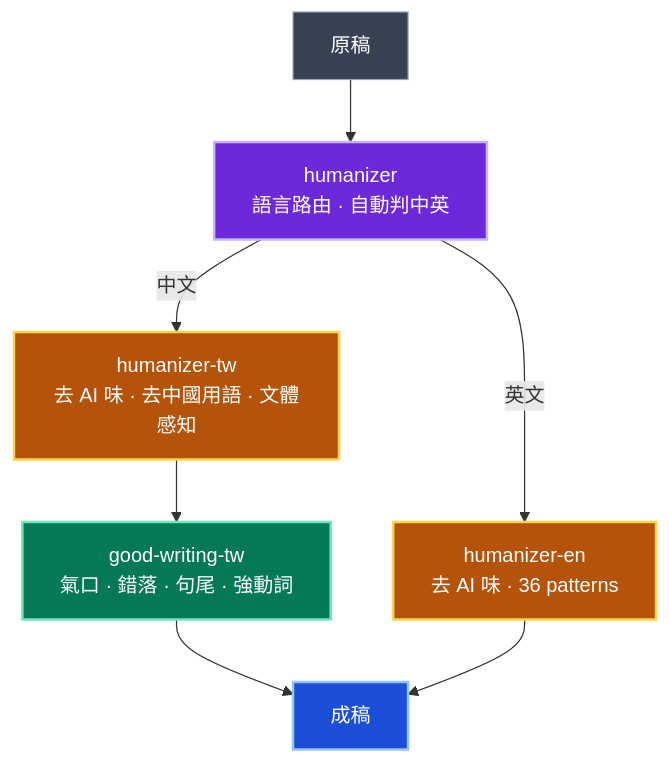
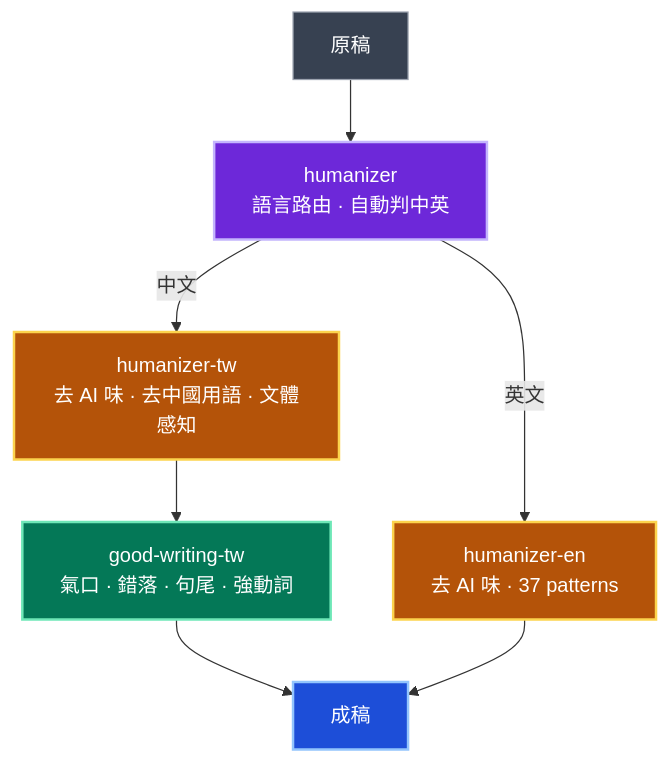
The diagram in README.md (aeopress/writing-skills.TW), drawn with Mermaid before and after one commit. The commit also changed other lines of this file and 2 other files, not shown here.

First line of the commit message:
feat(humanizer-en): v3.1.0 五處補強，來自實際改稿觀察；marketplace 1.8.0

````diff
--- a/README.md
+++ b/README.md
@@ -15,14 +15,14 @@
 ```mermaid
 flowchart TD
     classDef raw fill:#374151,color:#fff,stroke:#9ca3af,stroke-width:1px;
     classDef route fill:#6d28d9,color:#fff,stroke:#c4b5fd,stroke-width:2px;
     classDef hum fill:#b45309,color:#fff,stroke:#fcd34d,stroke-width:2px;
     classDef gw fill:#047857,color:#fff,stroke:#6ee7b7,stroke-width:2px;
     classDef done fill:#1d4ed8,color:#fff,stroke:#93c5fd,stroke-width:2px;
 
     A["原稿"]:::raw --> H["humanizer<br/>語言路由 · 自動判中英"]:::route
     H -->|中文| TW["humanizer-tw<br/>去 AI 味 · 去中國用語 · 文體感知"]:::hum
-    H -->|英文| EN["humanizer-en<br/>去 AI 味 · 36 patterns"]:::hum
+    H -->|英文| EN["humanizer-en<br/>去 AI 味 · 37 patterns"]:::hum
     TW --> GW["good-writing-tw<br/>氣口 · 錯落 · 句尾 · 強動詞"]:::gw --> D["成稿"]:::done
     EN --> D
 ```
````
